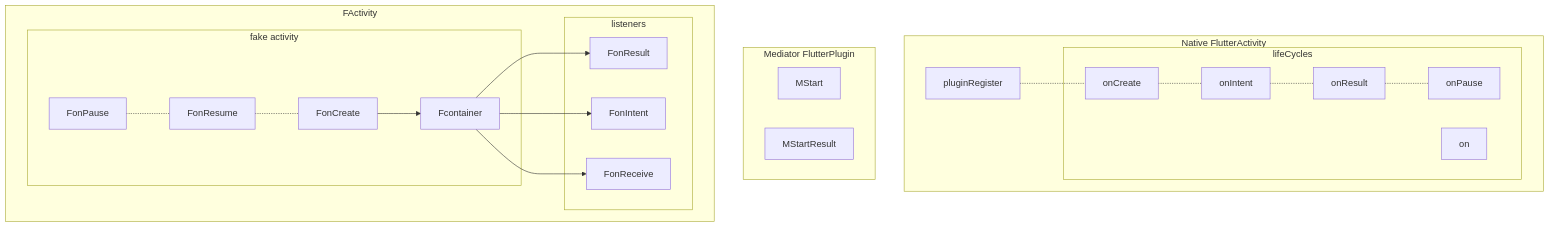
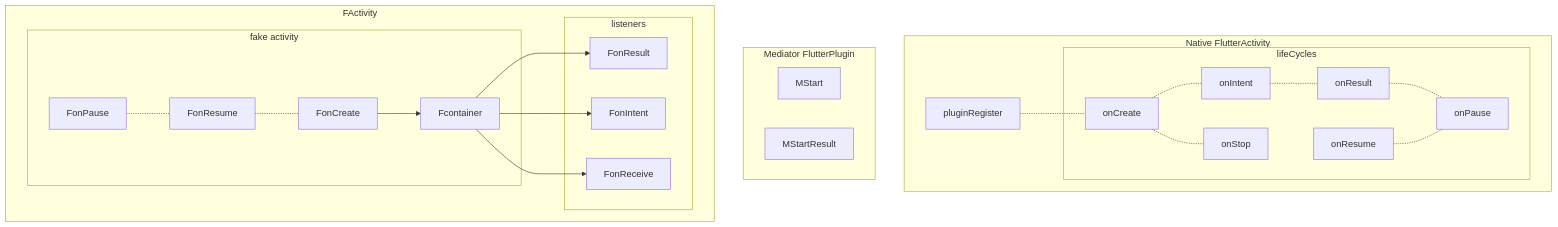
One commit to gordianknotC/nxp_note changed the diagram in flutter/addActivityResultListener.md. Above: the diagram before and after it, drawn with Mermaid. The commit also changed other lines of this file, not shown here.

Commit message:
flutter/addActivityResultListener.md updated from https://stackedit.io/

````diff
--- a/flutter/addActivityResultListener.md
+++ b/flutter/addActivityResultListener.md
@@ -11,44 +11,44 @@
 ```mermaid
 graph TB
 	subgraph Native FlutterActivity
 		pluginRegister
 		pluginRegister -.- onCreate
 		subgraph lifeCycles
 			onCreate -.- onIntent
 			onIntent -.- onResult
 			onResult -.- onPause
-			on
-			
+			onResume -.- onPause
+			onCreate -.- onStop
 		end
 	end
 	subgraph Mediator FlutterPlugin
 		MStart
 		MStartResult
 	end
 	
 	subgraph FActivity
 		FonCreate
 		FonPause 
 		FonResume 
 		FonResult 
 		FonIntent 
 		FonReceive 
 		
 		subgraph fake activity
 			FonPause -.- FonResume
 			FonResume -.- FonCreate
 			FonCreate --> Fcontainer
 		end
 		
 		subgraph listeners
 			Fcontainer --> FonIntent
 			Fcontainer --> FonResult
 			Fcontainer --> FonReceive
 		end
 		
 		
 		
 	end
 
 
 ```
````
